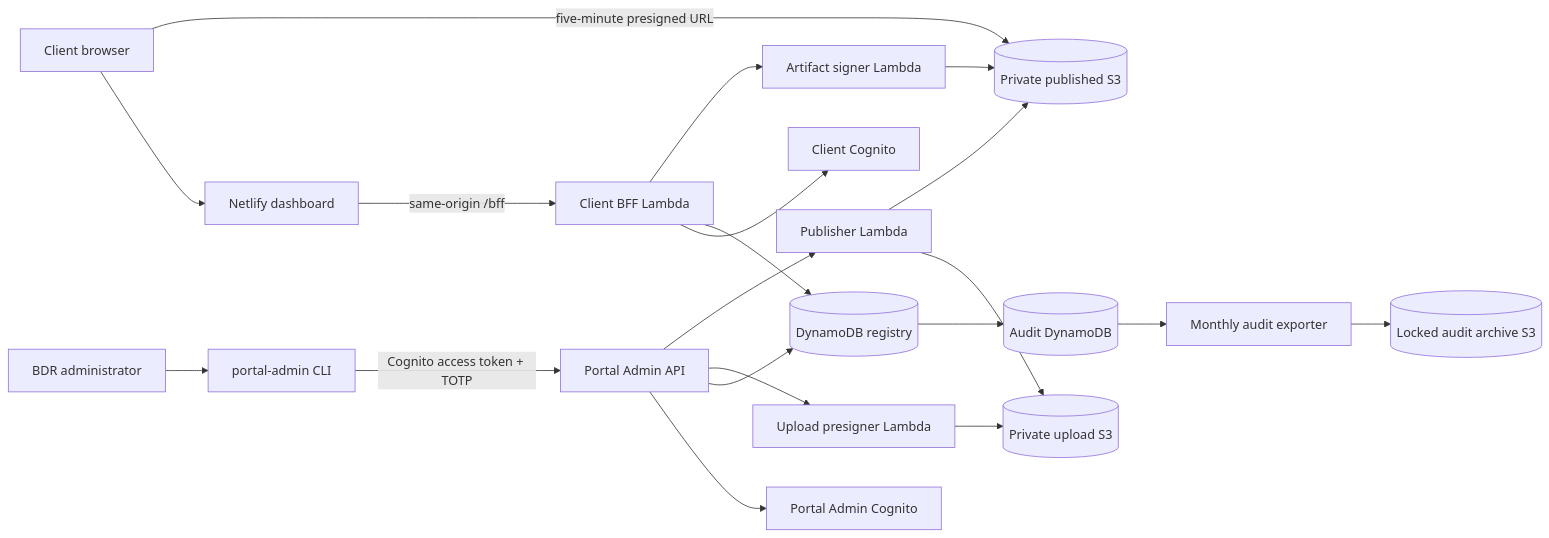
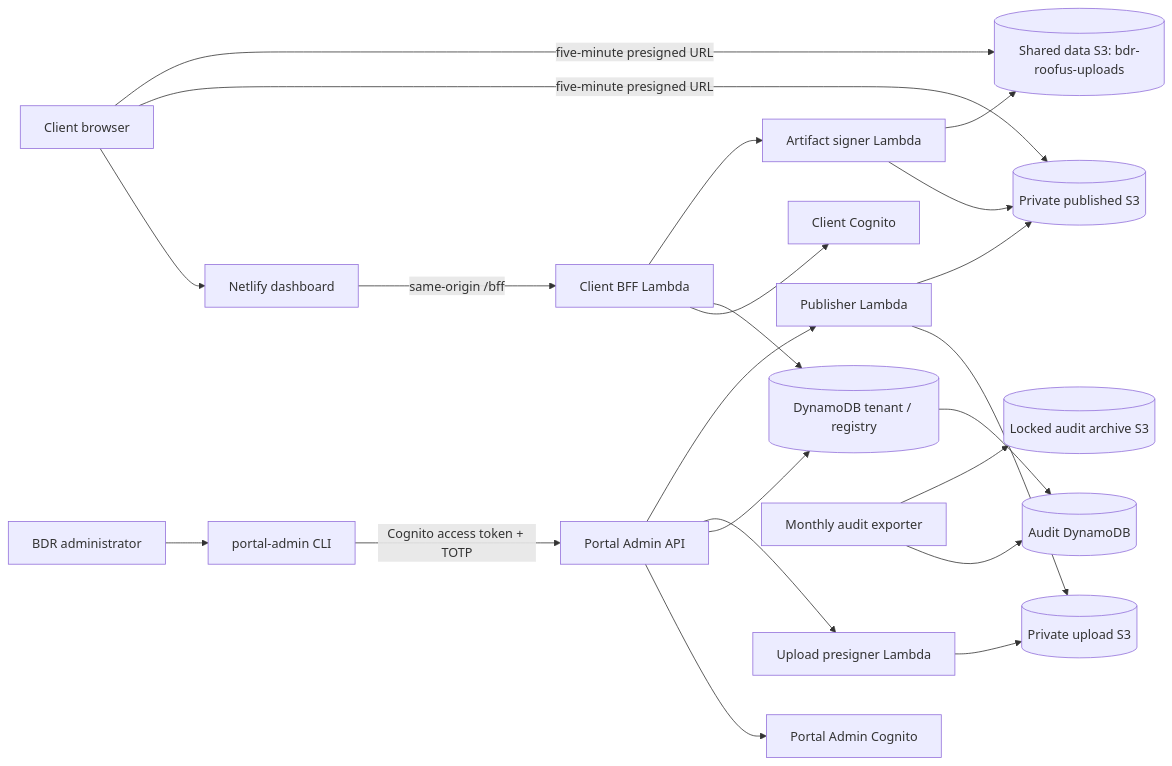
One commit to Building-Diagnostic-Robotics/BDR-Client-Dashboard changed the diagram in docs/architecture.md. Above: the diagram before and after it, drawn with Mermaid. The commit also changed other lines of this file and 47 other files, not shown here.

````diff
--- a/docs/architecture.md
+++ b/docs/architecture.md
@@ -14,24 +14,26 @@
 ```mermaid
 flowchart LR
   Client[Client browser] --> Netlify[Netlify dashboard]
   Netlify -->|same-origin /bff| BFF[Client BFF Lambda]
   BFF --> ClientCognito[Client Cognito]
-  BFF --> Registry[(DynamoDB registry)]
+  BFF --> Registry[(DynamoDB tenant / registry)]
   BFF --> Signer[Artifact signer Lambda]
   Signer --> Published[(Private published S3)]
+  Signer --> SharedData[(Shared data S3: bdr-roofus-uploads)]
   Client -->|five-minute presigned URL| Published
+  Client -->|five-minute presigned URL| SharedData
 
   Admin[BDR administrator] --> CLI[portal-admin CLI]
   CLI -->|Cognito access token + TOTP| AdminAPI[Portal Admin API]
   AdminAPI --> AdminCognito[Portal Admin Cognito]
   AdminAPI --> Registry
   AdminAPI --> Upload[Upload presigner Lambda]
   AdminAPI --> Publisher[Publisher Lambda]
   Upload --> Staging[(Private upload S3)]
   Publisher --> Staging
   Publisher --> Published
 
   Registry --> Audit[(Audit DynamoDB)]
-  Audit --> Exporter[Monthly audit exporter]
+  Exporter[Monthly audit exporter] --> Audit
   Exporter --> Archive[(Locked audit archive S3)]
 ```
````
